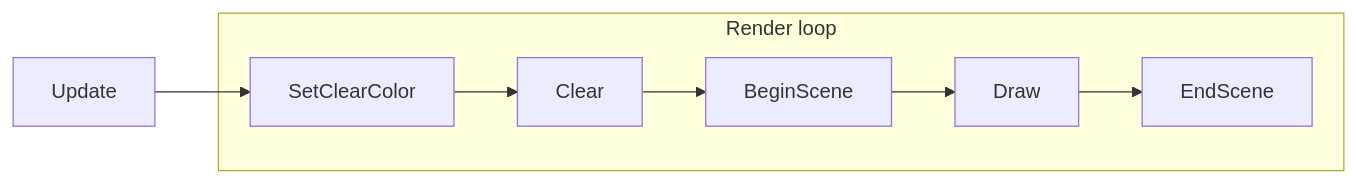
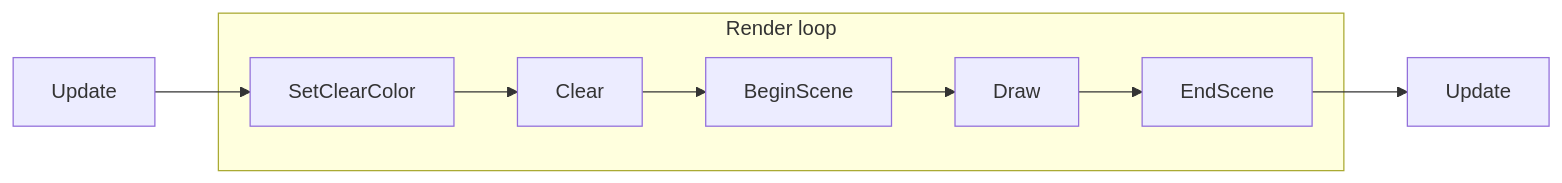
One commit to Goubermouche/VFD changed the third of 4 diagrams in Documents/SoftwareRequirementSpecification.md. Above: the diagram before and after it, drawn with Mermaid.

````diff
--- a/Documents/SoftwareRequirementSpecification.md
+++ b/Documents/SoftwareRequirementSpecification.md
@@ -379,10 +379,11 @@
 ```mermaid
 graph LR;
       1[Update]-->SetClearColor
       subgraph Render loop
       SetClearColor-->Clear
       Clear-->BeginScene
       BeginScene-->Draw
       Draw-->EndScene
       end
+      EndScene-->2[Update]
 ```
````
